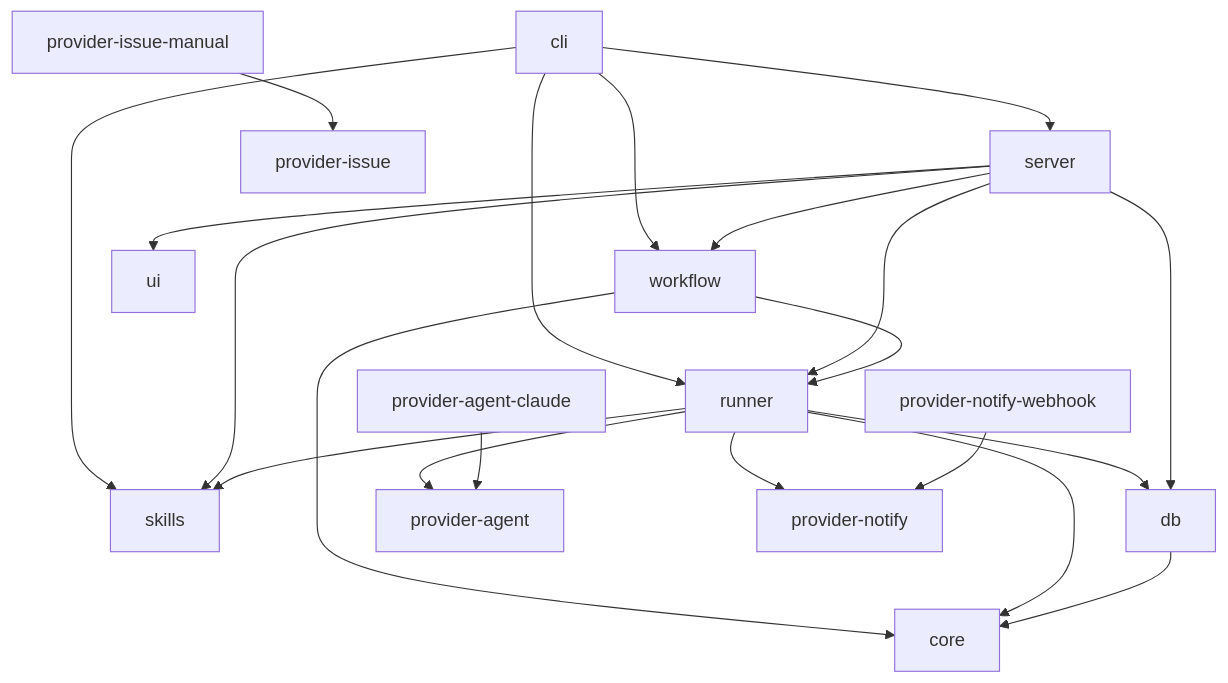
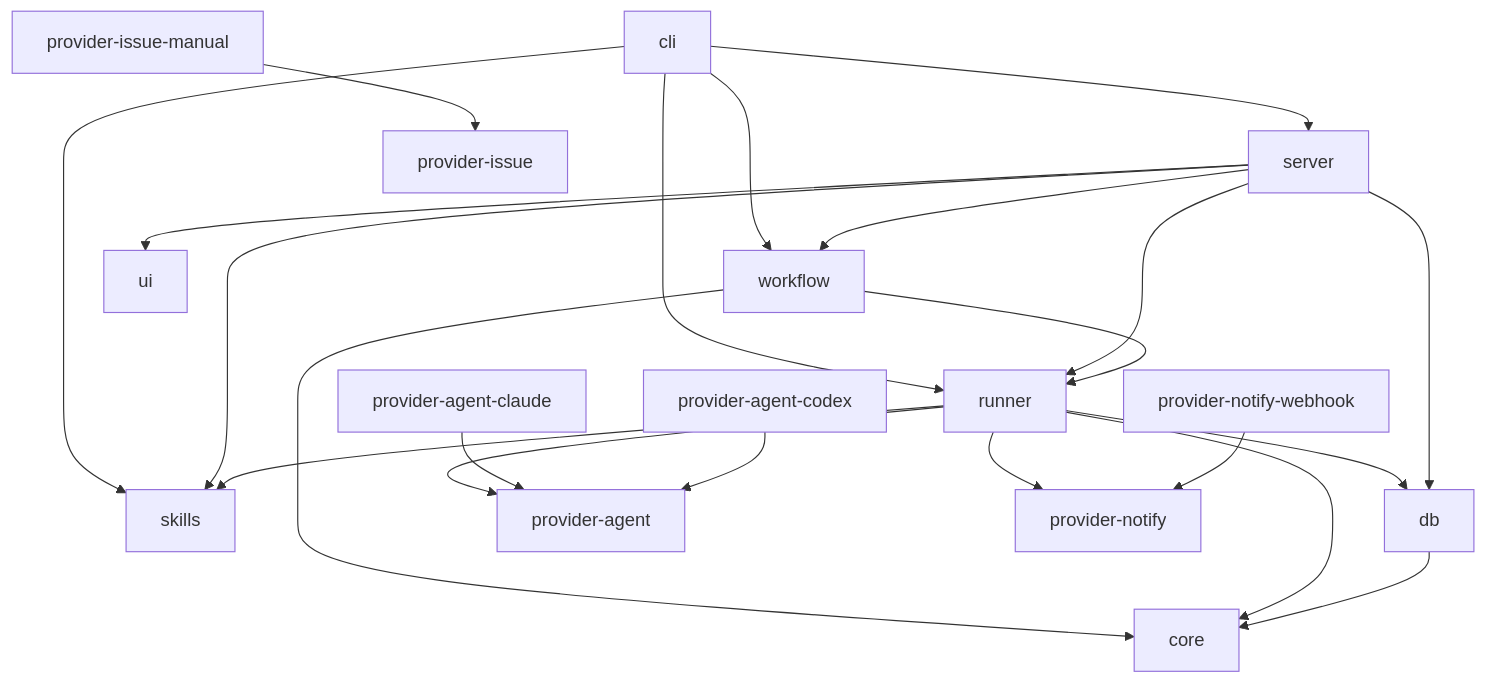
Before and after one commit to yangjieling/agent-desk: the first of 2 diagrams in docs/architecture.md, drawn with Mermaid. The commit also changed 11 other files, not shown here.

First line of the commit message:
feat(agent): add Codex CLI backend and agent provider API.

````diff
--- a/docs/architecture.md
+++ b/docs/architecture.md
@@ -12,23 +12,24 @@
 ```mermaid
 flowchart TB
   cli --> server
   cli --> runner
   cli --> workflow
   cli --> skills
   server --> runner
   server --> workflow
   server --> skills
   server --> ui
   workflow --> runner
   workflow --> core
   runner --> core
   runner --> db
   runner --> provider-agent
   runner --> provider-notify
   runner --> skills
   server --> db
   db --> core
   provider-agent-claude --> provider-agent
+  provider-agent-codex --> provider-agent
   provider-issue-manual --> provider-issue
   provider-notify-webhook --> provider-notify
 ```
````
